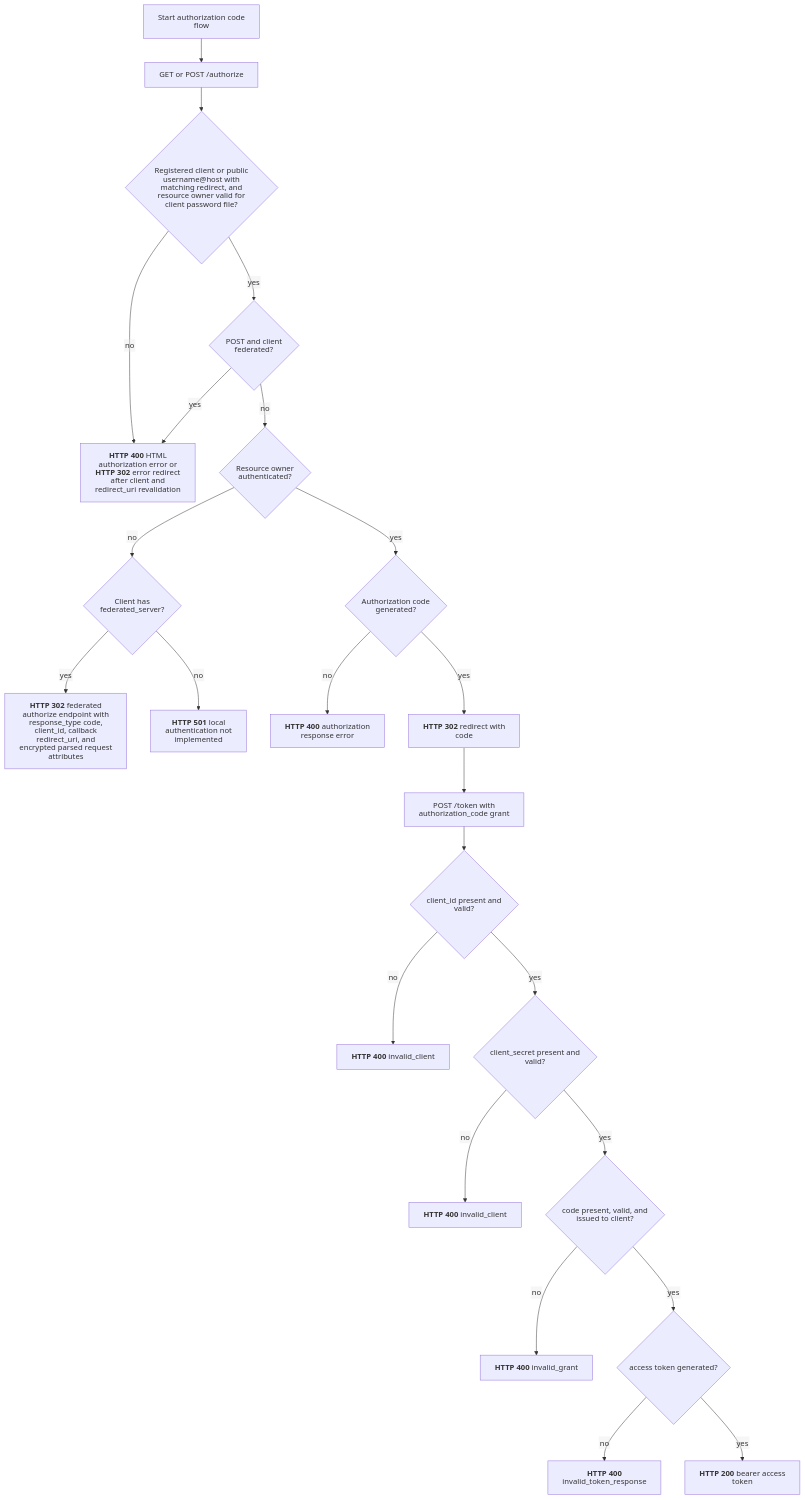
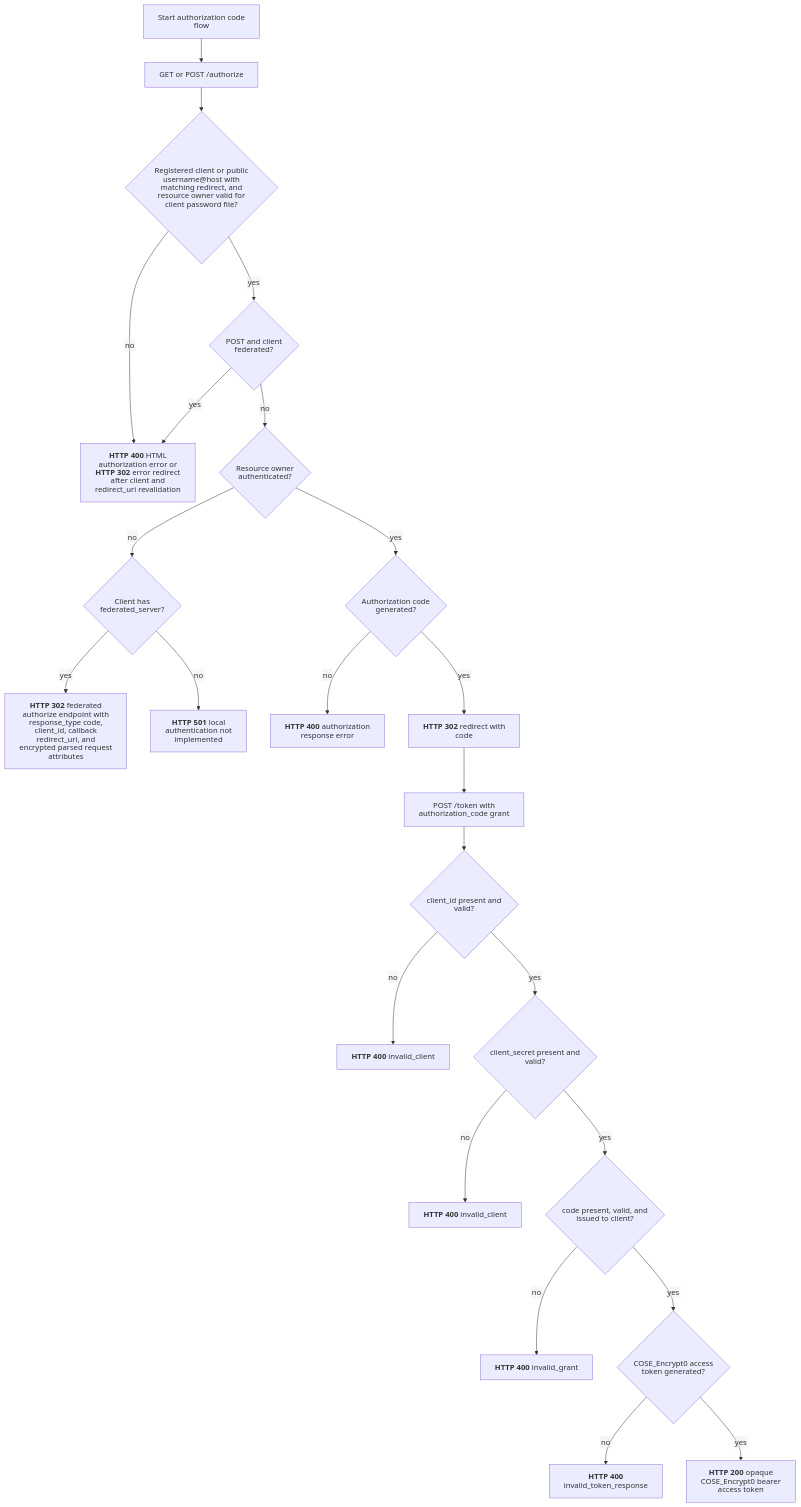
Before and after one commit to malach-it/kagome: the diagram in docs/flows/oauth/authorization_code.mmd, drawn with Mermaid. The commit also changed 56 other files, not shown here.

```diff
--- a/docs/flows/oauth/authorization_code.mmd
+++ b/docs/flows/oauth/authorization_code.mmd
@@ -1,24 +1,24 @@
 %%{init: {"htmlLabels": false, "flowchart": {"htmlLabels": false}}}%%
 flowchart TD
     start[Start authorization code flow] --> authorize[GET or POST /authorize]
     authorize --> authorize_valid{Registered client or public username@host with matching redirect, and resource owner valid for client password file?}
     authorize_valid -- no --> authorize_error["`**HTTP 400** HTML authorization error or **HTTP 302** error redirect after client and redirect_uri revalidation`"]
     authorize_valid -- yes --> federated_post{POST and client federated?}
     federated_post -- yes --> authorize_error
     federated_post -- no --> owner{Resource owner authenticated?}
     owner -- no --> federation{Client has federated_server?}
     federation -- yes --> federated_redirect["`**HTTP 302** federated authorize endpoint with response_type code, client_id, callback redirect_uri, and encrypted parsed request attributes`"]
     federation -- no --> not_implemented["`**HTTP 501** local authentication not implemented`"]
     owner -- yes --> issue{Authorization code generated?}
     issue -- no --> issue_error["`**HTTP 400** authorization response error`"]
     issue -- yes --> redirect["`**HTTP 302** redirect with code`"]
     redirect --> token[POST /token with authorization_code grant]
     token --> client_id{client_id present and valid?}
     client_id -- no --> client_error["`**HTTP 400** invalid_client`"]
     client_id -- yes --> secret{client_secret present and valid?}
     secret -- no --> secret_error["`**HTTP 400** invalid_client`"]
     secret -- yes --> code{code present, valid, and issued to client?}
     code -- no --> code_error["`**HTTP 400** invalid_grant`"]
-    code -- yes --> generate{access token generated?}
+    code -- yes --> generate{COSE_Encrypt0 access token generated?}
     generate -- no --> generation_error["`**HTTP 400** invalid_token_response`"]
-    generate -- yes --> success["`**HTTP 200** bearer access token`"]
+    generate -- yes --> success["`**HTTP 200** opaque COSE_Encrypt0 bearer access token`"]
```
